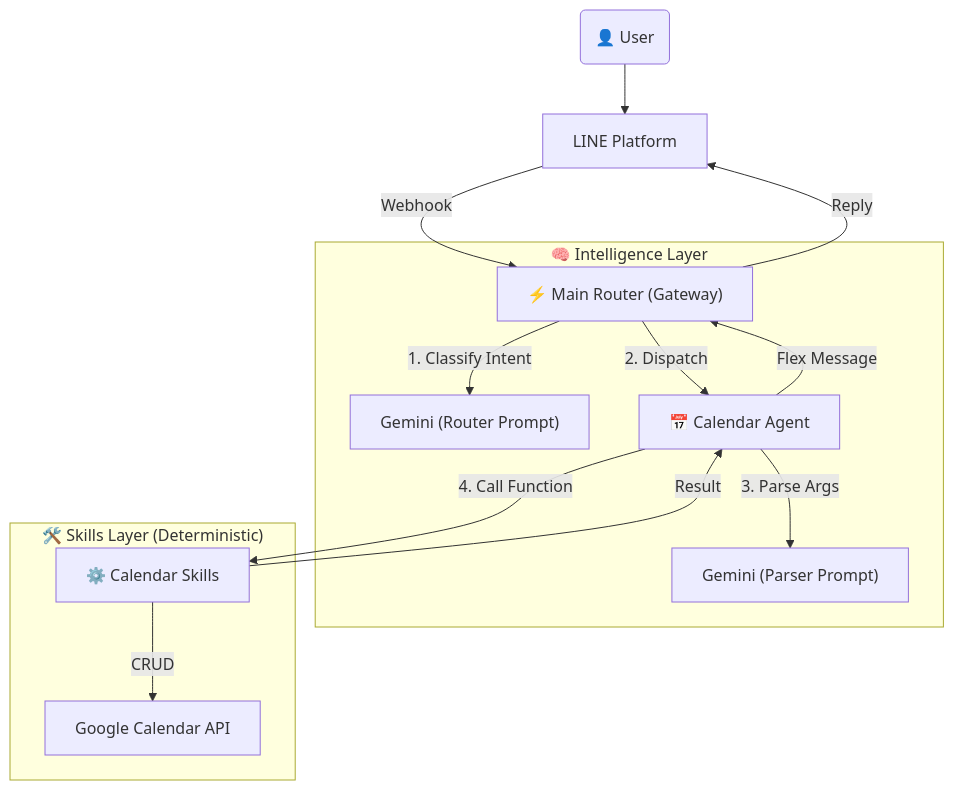
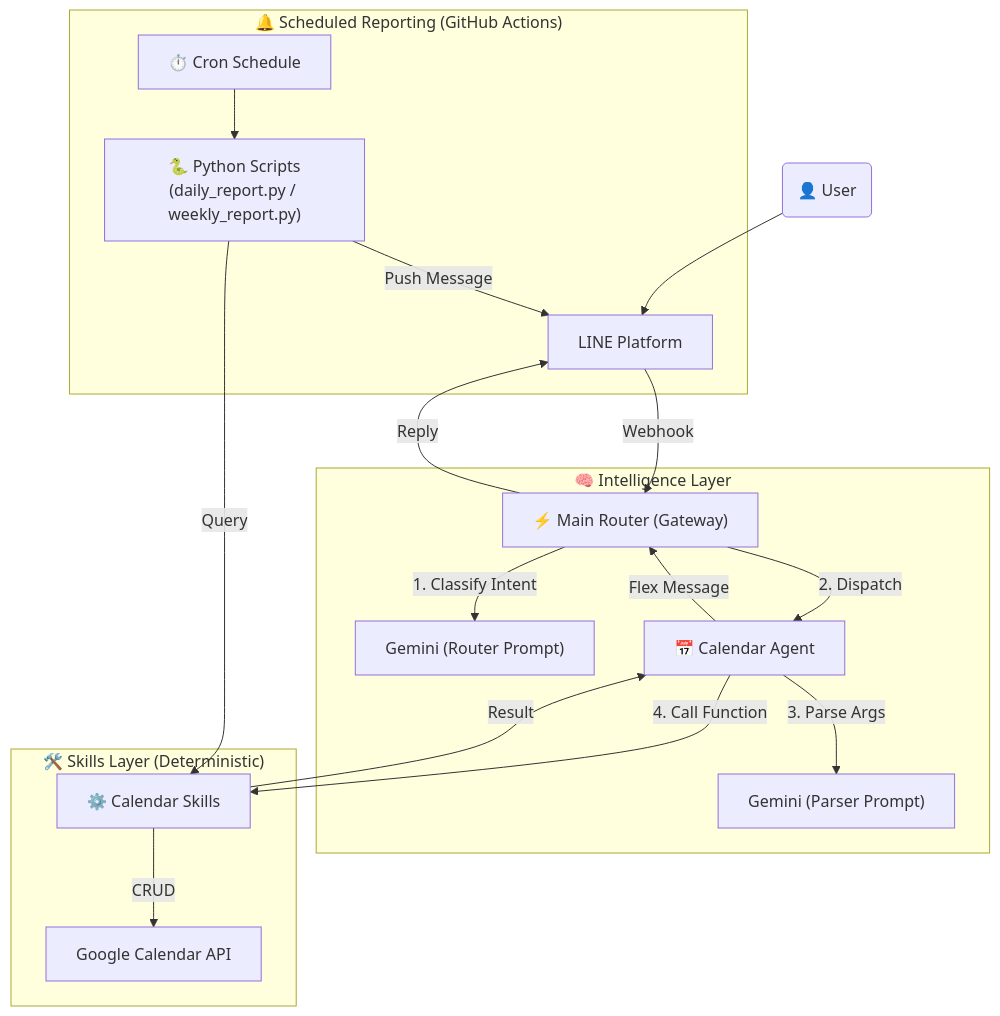
One commit to YenChengLai/ai-butler-python changed the diagram in README.en.md. Above: the diagram before and after it, drawn with Mermaid. The commit also changed 1 other file, not shown here.

Commit message:
docs: refactor README to serve as a multilingual portal
- Replace detailed documentation with a concise bilingual overview.
- Add navigation links to separate `README.en.md` and `README.zh-tw.md`.
- Update project structure and key features list.

````diff
--- a/README.en.md
+++ b/README.en.md
@@ -36,20 +36,26 @@
 ```mermaid
 graph TD
     User("👤 User") --> Line["LINE Platform"]
     Line --Webhook--> Gateway["⚡ Main Router (Gateway)"]
 
     subgraph "🧠 Intelligence Layer"
         Gateway --"1. Classify Intent"--> RouterModel["Gemini (Router Prompt)"]
         Gateway --"2. Dispatch"--> CalAgent["📅 Calendar Agent"]
         CalAgent --"3. Parse Args"--> AgentModel["Gemini (Parser Prompt)"]
     end
 
     subgraph "🛠️ Skills Layer (Deterministic)"
         CalAgent --"4. Call Function"--> Skill["⚙️ Calendar Skills"]
         Skill --"CRUD"--> GCal["Google Calendar API"]
     end
 
+    subgraph "🔔 Scheduled Reporting (GitHub Actions)"
+        Cron["⏱️ Cron Schedule"] --> Scripts["🐍 Python Scripts\n(daily_report.py / weekly_report.py)"]
+        Scripts --"Query"--> Skill
+        Scripts --"Push Message"--> Line
+    end
+
     Skill --"Result"--> CalAgent
     CalAgent --"Flex Message"--> Gateway
     Gateway --"Reply"--> Line
 ```
````
